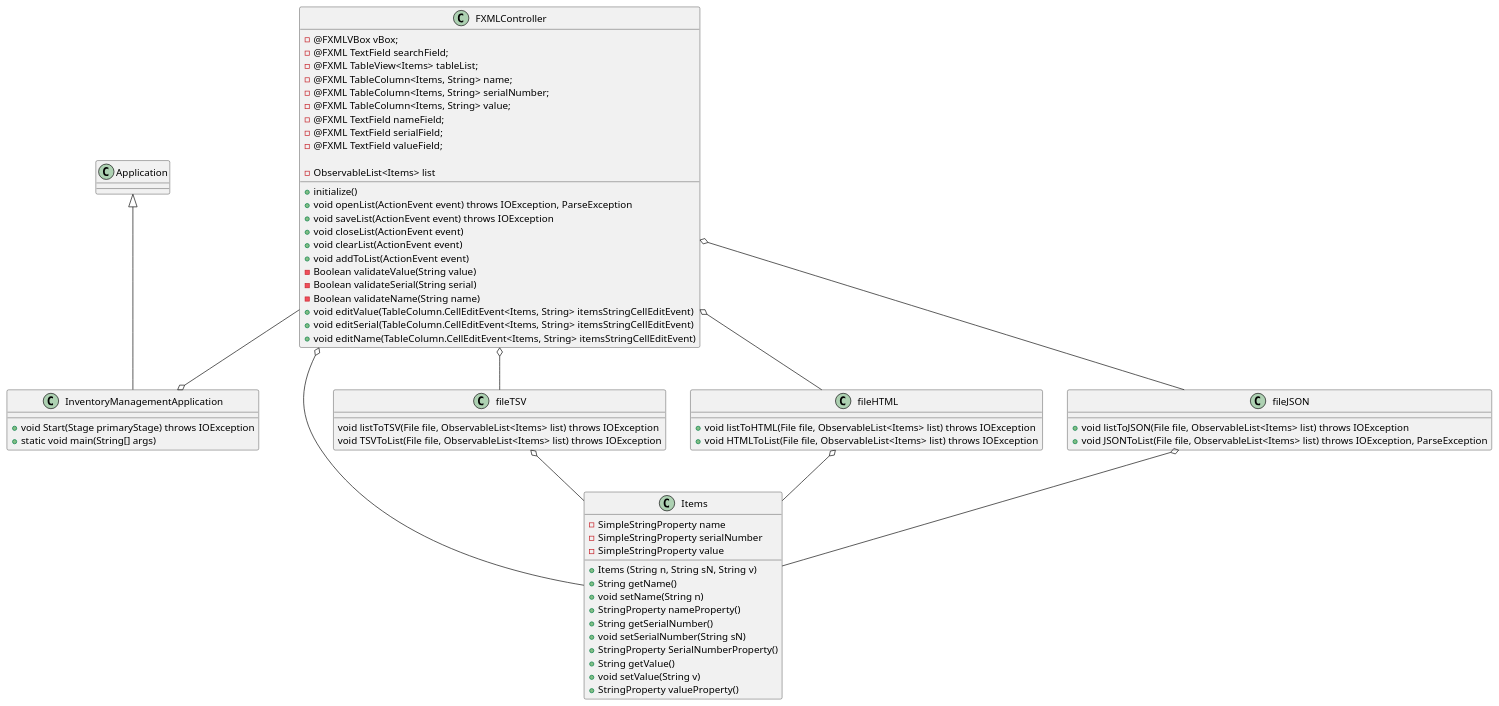
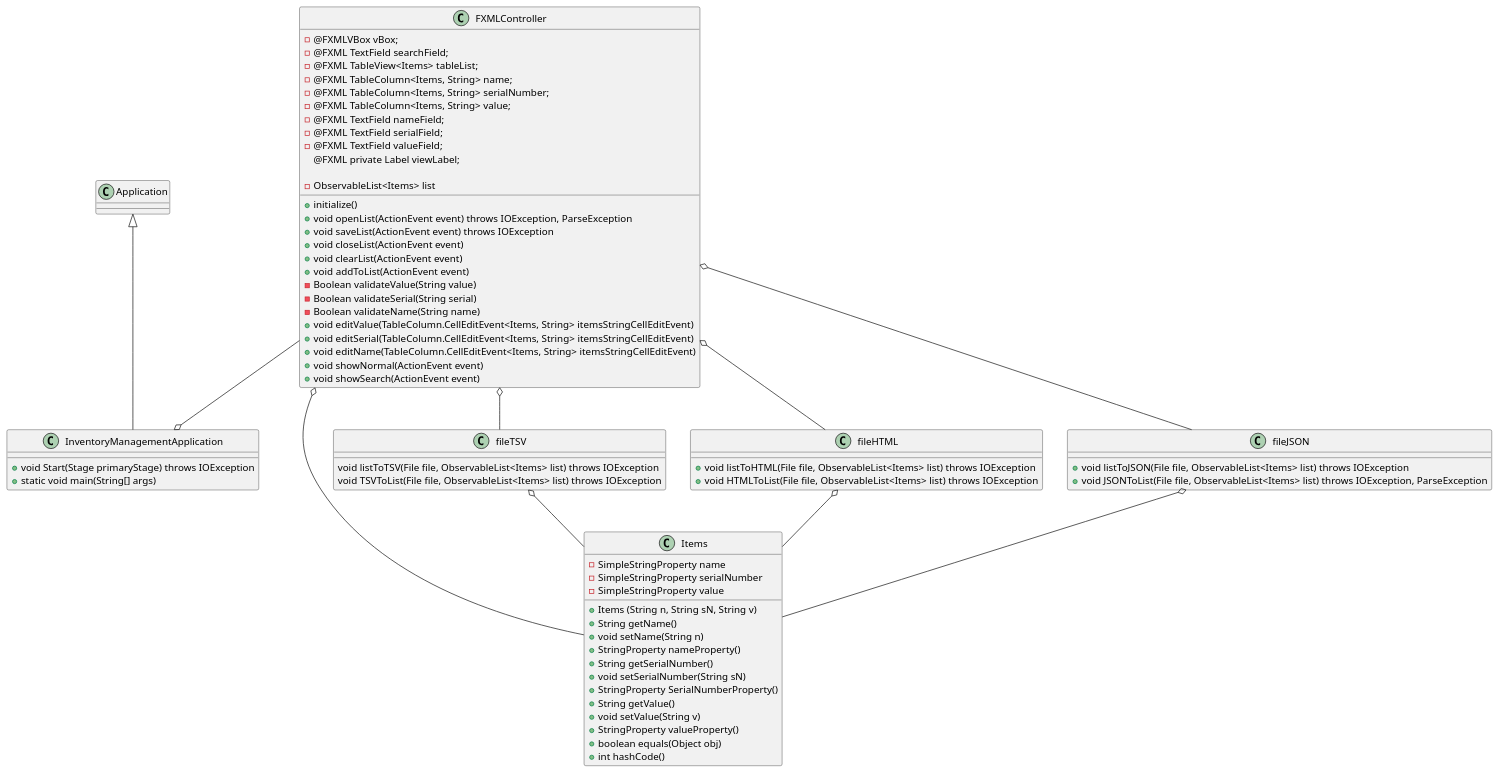
Before and after one commit to Your0nlySon/Duncan-app2: the diagram in application2/docs/classes.puml, drawn with PlantUML. The commit also changed 8 other files, not shown here.

Commit message:
Updated UML

```diff
--- a/application2/docs/classes.puml
+++ b/application2/docs/classes.puml
@@ -1,74 +1,79 @@
 @startuml
 
 class InventoryManagementApplication extends Application {
     +void Start(Stage primaryStage) throws IOException
     +static void main(String[] args)
 }
 class FXMLController {
     -@FXMLVBox vBox;
     -@FXML TextField searchField;
     -@FXML TableView<Items> tableList;
     -@FXML TableColumn<Items, String> name;
     -@FXML TableColumn<Items, String> serialNumber;
     -@FXML TableColumn<Items, String> value;
     -@FXML TextField nameField;
     -@FXML TextField serialField;
     -@FXML TextField valueField;
+    @FXML private Label viewLabel;
 
     -ObservableList<Items> list
 
     +initialize()
     +void openList(ActionEvent event) throws IOException, ParseException
     +void saveList(ActionEvent event) throws IOException
     +void closeList(ActionEvent event)
     +void clearList(ActionEvent event)
     +void addToList(ActionEvent event)
     -Boolean validateValue(String value)
     -Boolean validateSerial(String serial)
     -Boolean validateName(String name)
     +void editValue(TableColumn.CellEditEvent<Items, String> itemsStringCellEditEvent)
     +void editSerial(TableColumn.CellEditEvent<Items, String> itemsStringCellEditEvent)
     +void editName(TableColumn.CellEditEvent<Items, String> itemsStringCellEditEvent)
+    +void showNormal(ActionEvent event)
+    +void showSearch(ActionEvent event)
 
 }
 class Items {
     -SimpleStringProperty name
     -SimpleStringProperty serialNumber
     -SimpleStringProperty value
     +Items (String n, String sN, String v)
     +String getName()
     +void setName(String n)
     +StringProperty nameProperty()
     +String getSerialNumber()
     +void setSerialNumber(String sN)
     +StringProperty SerialNumberProperty()
     +String getValue()
     +void setValue(String v)
     +StringProperty valueProperty()
+    +boolean equals(Object obj)
+    +int hashCode()
 
 }
 class fileTSV {
     void listToTSV(File file, ObservableList<Items> list) throws IOException
     void TSVToList(File file, ObservableList<Items> list) throws IOException
 }
 class fileHTML {
     +void listToHTML(File file, ObservableList<Items> list) throws IOException
     +void HTMLToList(File file, ObservableList<Items> list) throws IOException
 }
 class fileJSON {
     +void listToJSON(File file, ObservableList<Items> list) throws IOException
     +void JSONToList(File file, ObservableList<Items> list) throws IOException, ParseException
 }
 
 
 
 FXMLController o-- Items
 FXMLController o--fileTSV
 FXMLController o--fileHTML
 FXMLController o--fileJSON
 fileHTML o-- Items
 fileTSV o-- Items
 fileJSON o-- Items
 FXMLController --o InventoryManagementApplication
 
 @enduml
```
